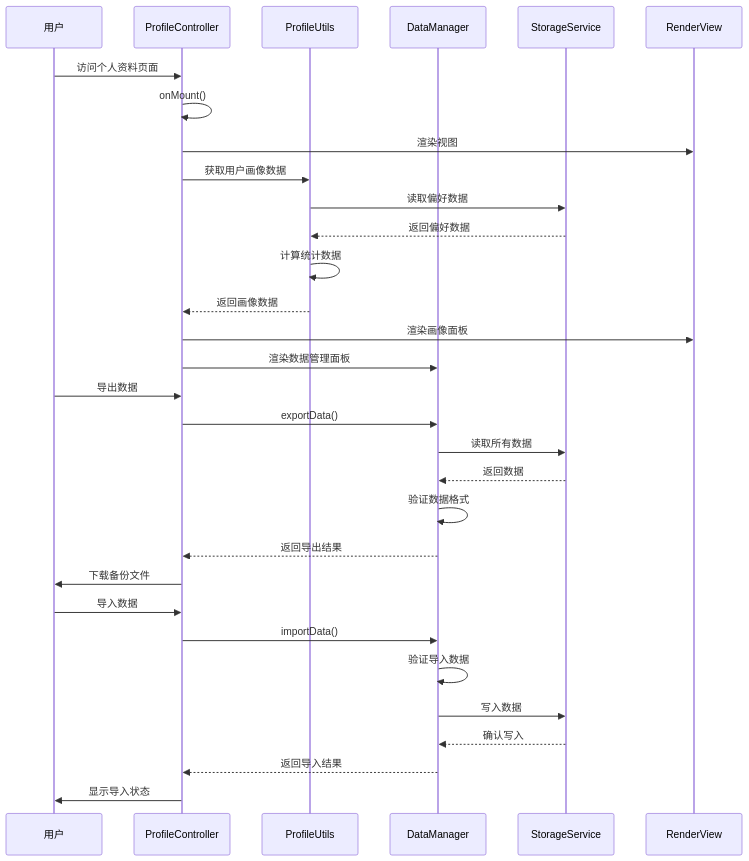
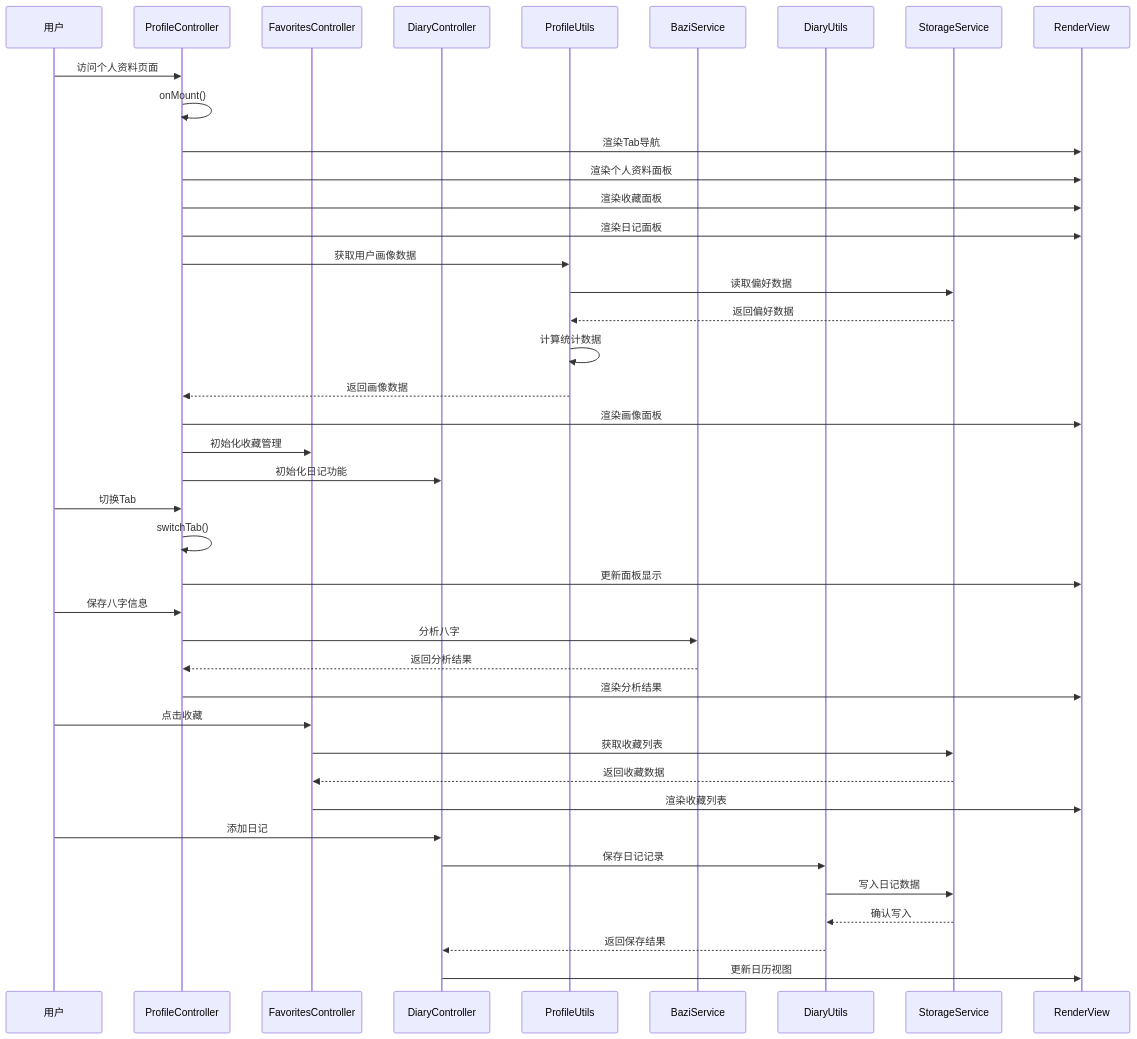
The second of 16 diagrams in .qoder/repowiki/zh/content/控制器系统/个人资料控制器.md (jeankeim/wuxing-fashion), drawn with Mermaid before and after one commit. The commit also changed other lines of this file and 27 other files, not shown here.

````diff
--- a/.qoder/repowiki/zh/content/控制器系统/个人资料控制器.md
+++ b/.qoder/repowiki/zh/content/控制器系统/个人资料控制器.md
@@ -130,33 +192,43 @@
 ```mermaid
 sequenceDiagram
 participant U as 用户
 participant PC as ProfileController
+participant FC as FavoritesController
+participant DC as DiaryController
 participant PU as ProfileUtils
-participant DM as DataManager
+participant BU as BaziService
+participant DU as DiaryUtils
 participant ST as StorageService
 participant RV as RenderView
 U->>PC : 访问个人资料页面
 PC->>PC : onMount()
-PC->>RV : 渲染视图
+PC->>RV : 渲染Tab导航
+PC->>RV : 渲染个人资料面板
+PC->>RV : 渲染收藏面板
+PC->>RV : 渲染日记面板
 PC->>PU : 获取用户画像数据
 PU->>ST : 读取偏好数据
 ST-->>PU : 返回偏好数据
 PU->>PU : 计算统计数据
 PU-->>PC : 返回画像数据
 PC->>RV : 渲染画像面板
-PC->>DM : 渲染数据管理面板
-U->>PC : 导出数据
-PC->>DM : exportData()
-DM->>ST : 读取所有数据
-ST-->>DM : 返回数据
-DM->>DM : 验证数据格式
-DM-->>PC : 返回导出结果
-PC->>U : 下载备份文件
-U->>PC : 导入数据
-PC->>DM : importData()
-DM->>DM : 验证导入数据
-DM->>ST : 写入数据
-ST-->>DM : 确认写入
-DM-->>PC : 返回导入结果
-PC->>U : 显示导入状态
+PC->>FC : 初始化收藏管理
+PC->>DC : 初始化日记功能
+U->>PC : 切换Tab
+PC->>PC : switchTab()
+PC->>RV : 更新面板显示
+U->>PC : 保存八字信息
+PC->>BU : 分析八字
+BU-->>PC : 返回分析结果
+PC->>RV : 渲染分析结果
+U->>FC : 点击收藏
+FC->>ST : 获取收藏列表
+ST-->>FC : 返回收藏数据
+FC->>RV : 渲染收藏列表
+U->>DC : 添加日记
+DC->>DU : 保存日记记录
+DU->>ST : 写入日记数据
+ST-->>DU : 确认写入
+DU-->>DC : 返回保存结果
+DC->>RV : 更新日历视图
 ```
````
